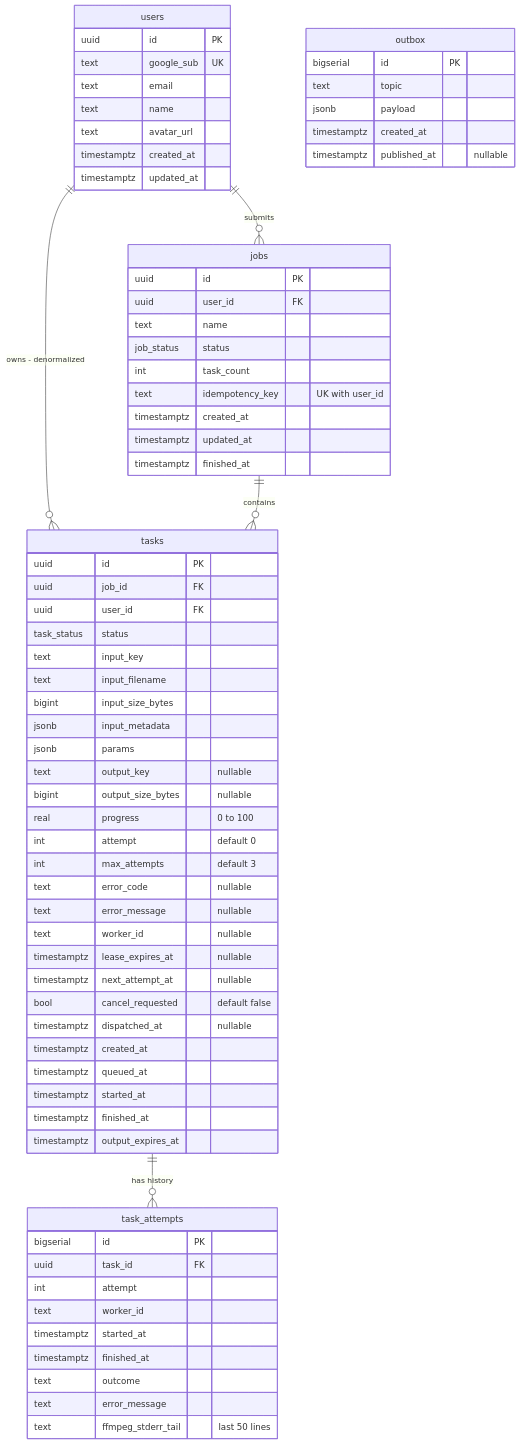
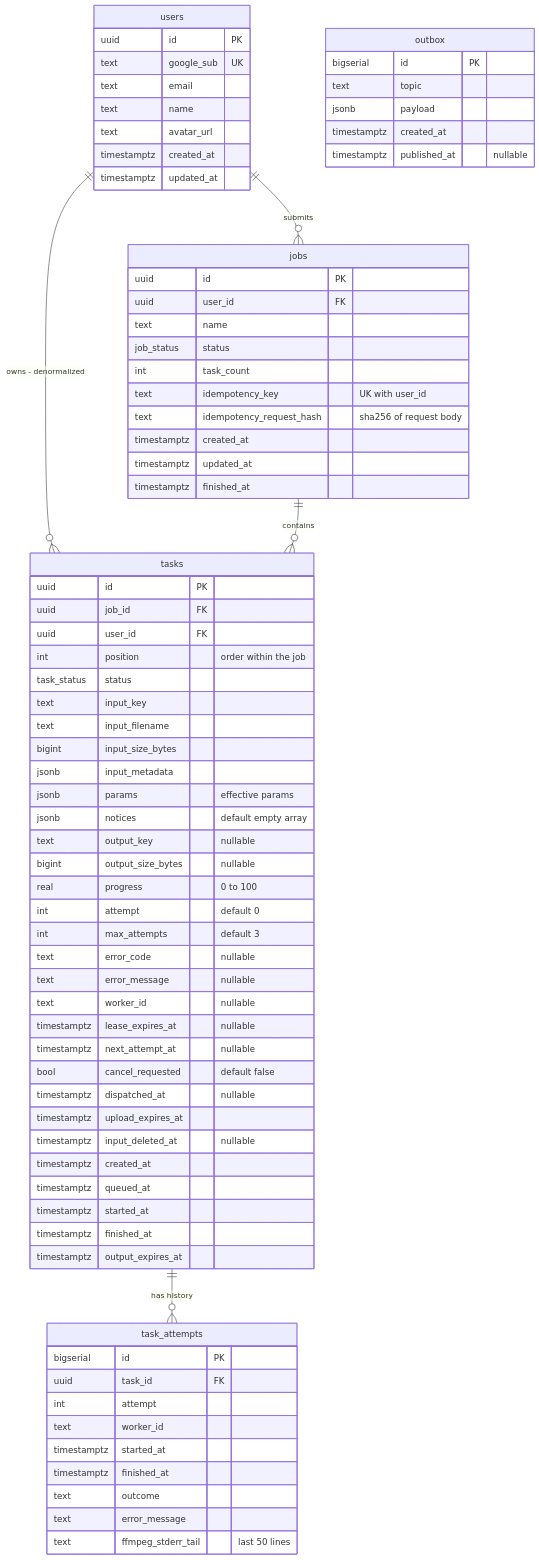
One commit to MardonBa/transcoding-job-scheduler changed the diagram in docs/diagrams/structural/er-diagram.md. Above: the diagram before and after it, drawn with Mermaid. The commit also changed other lines of this file and 31 other files, not shown here.

```diff
--- a/docs/diagrams/structural/er-diagram.md
+++ b/docs/diagrams/structural/er-diagram.md
@@ -26,6 +26,7 @@
         job_status status
         int task_count
         text idempotency_key "UK with user_id"
+        text idempotency_request_hash "sha256 of request body"
         timestamptz created_at
         timestamptz updated_at
         timestamptz finished_at
@@ -35,12 +36,14 @@
         uuid id PK
         uuid job_id FK
         uuid user_id FK
+        int position "order within the job"
         task_status status
         text input_key
         text input_filename
         bigint input_size_bytes
         jsonb input_metadata
-        jsonb params
+        jsonb params "effective params"
+        jsonb notices "default empty array"
         text output_key "nullable"
         bigint output_size_bytes "nullable"
         real progress "0 to 100"
@@ -53,6 +56,8 @@
         timestamptz next_attempt_at "nullable"
         bool cancel_requested "default false"
         timestamptz dispatched_at "nullable"
+        timestamptz upload_expires_at
+        timestamptz input_deleted_at "nullable"
         timestamptz created_at
         timestamptz queued_at
         timestamptz started_at
```
